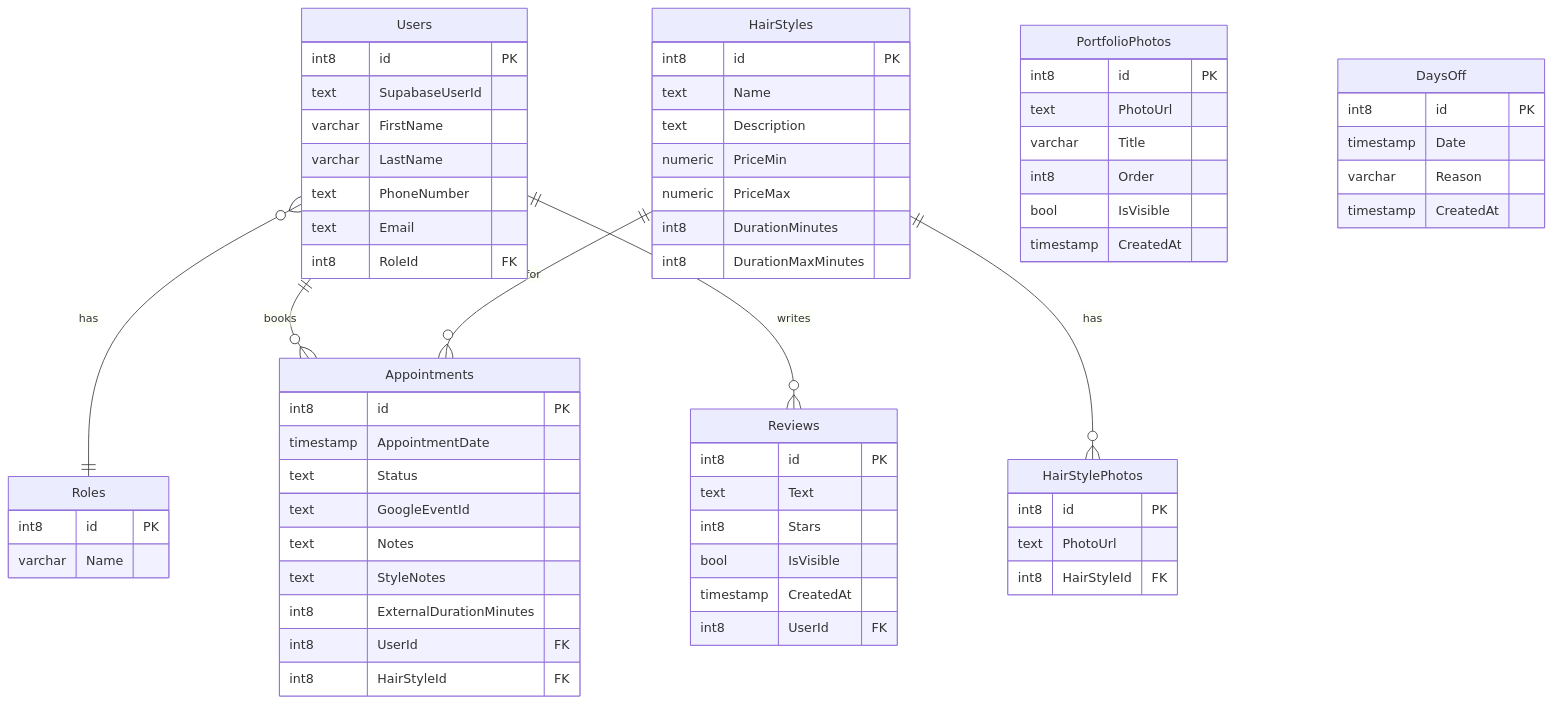
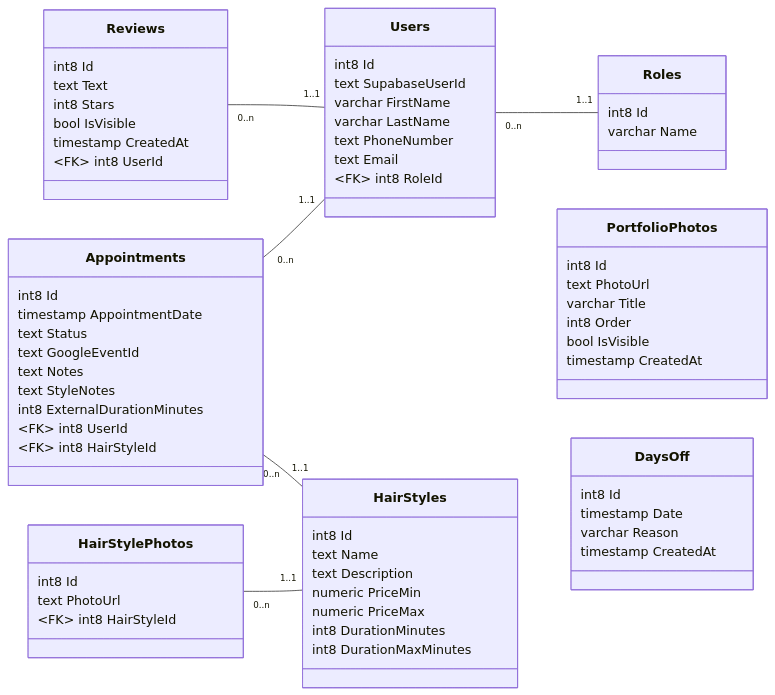
Before and after one commit to David-Nova-R/Jenny--hairdresser-s: the second of 2 diagrams in README.md, drawn with Mermaid. The commit also changed other lines of this file, not shown here.

````diff
--- a/README.md
+++ b/README.md
@@ -252,69 +254,71 @@
 ```mermaid
-erDiagram
-    Users {
-        int8 id PK
+classDiagram
+    direction RL
+
+    Roles "1..1" -- "0..n" Users
+    Users "1..1" -- "0..n" Appointments
+    Users "1..1" -- "0..n" Reviews
+    HairStyles "1..1" -- "0..n" HairStylePhotos
+    HairStyles "1..1" -- "0..n" Appointments
+
+    class Roles {
+        int8 Id
+        varchar Name
+    }
+    class Users {
+        int8 Id
         text SupabaseUserId
         varchar FirstName
         varchar LastName
         text PhoneNumber
         text Email
-        int8 RoleId FK
+        &lt;FK&gt; int8 RoleId
     }
-    Roles {
-        int8 id PK
-        varchar Name
-    }
-    HairStyles {
-        int8 id PK
+    class HairStyles {
+        int8 Id
         text Name
         text Description
         numeric PriceMin
         numeric PriceMax
         int8 DurationMinutes
         int8 DurationMaxMinutes
     }
-    HairStylePhotos {
-        int8 id PK
+    class HairStylePhotos {
+        int8 Id
         text PhotoUrl
-        int8 HairStyleId FK
+        &lt;FK&gt; int8 HairStyleId
     }
-    Appointments {
-        int8 id PK
+    class Appointments {
+        int8 Id
         timestamp AppointmentDate
         text Status
         text GoogleEventId
         text Notes
         text StyleNotes
         int8 ExternalDurationMinutes
-        int8 UserId FK
-        int8 HairStyleId FK
+        &lt;FK&gt; int8 UserId
+        &lt;FK&gt; int8 HairStyleId
     }
-    Reviews {
-        int8 id PK
+    class Reviews {
+        int8 Id
         text Text
         int8 Stars
         bool IsVisible
         timestamp CreatedAt
-        int8 UserId FK
+        &lt;FK&gt; int8 UserId
     }
-    PortfolioPhotos {
-        int8 id PK
+    class PortfolioPhotos {
+        int8 Id
         text PhotoUrl
         varchar Title
         int8 Order
         bool IsVisible
         timestamp CreatedAt
     }
-    DaysOff {
-        int8 id PK
+    class DaysOff {
+        int8 Id
         timestamp Date
         varchar Reason
         timestamp CreatedAt
     }
-
-    Users }o--|| Roles : "has"
-    Users ||--o{ Appointments : "books"
-    Users ||--o{ Reviews : "writes"
-    HairStyles ||--o{ HairStylePhotos : "has"
-    HairStyles ||--o{ Appointments : "for"
 ```
````
